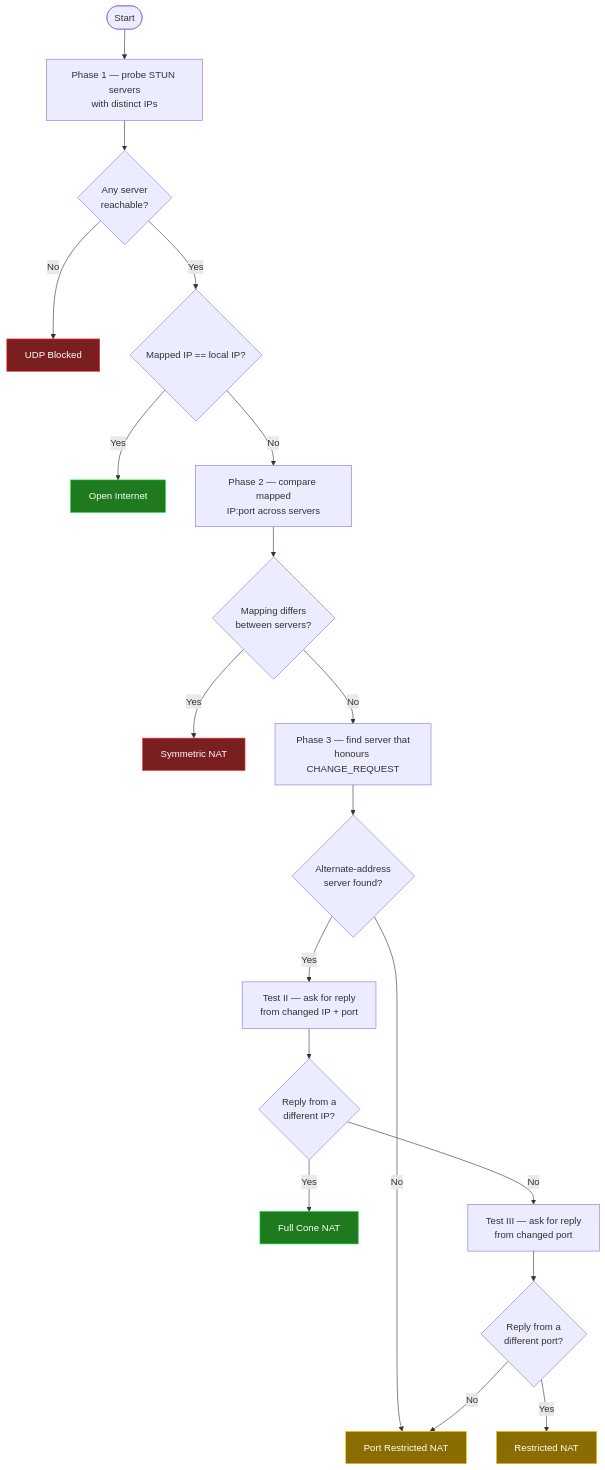
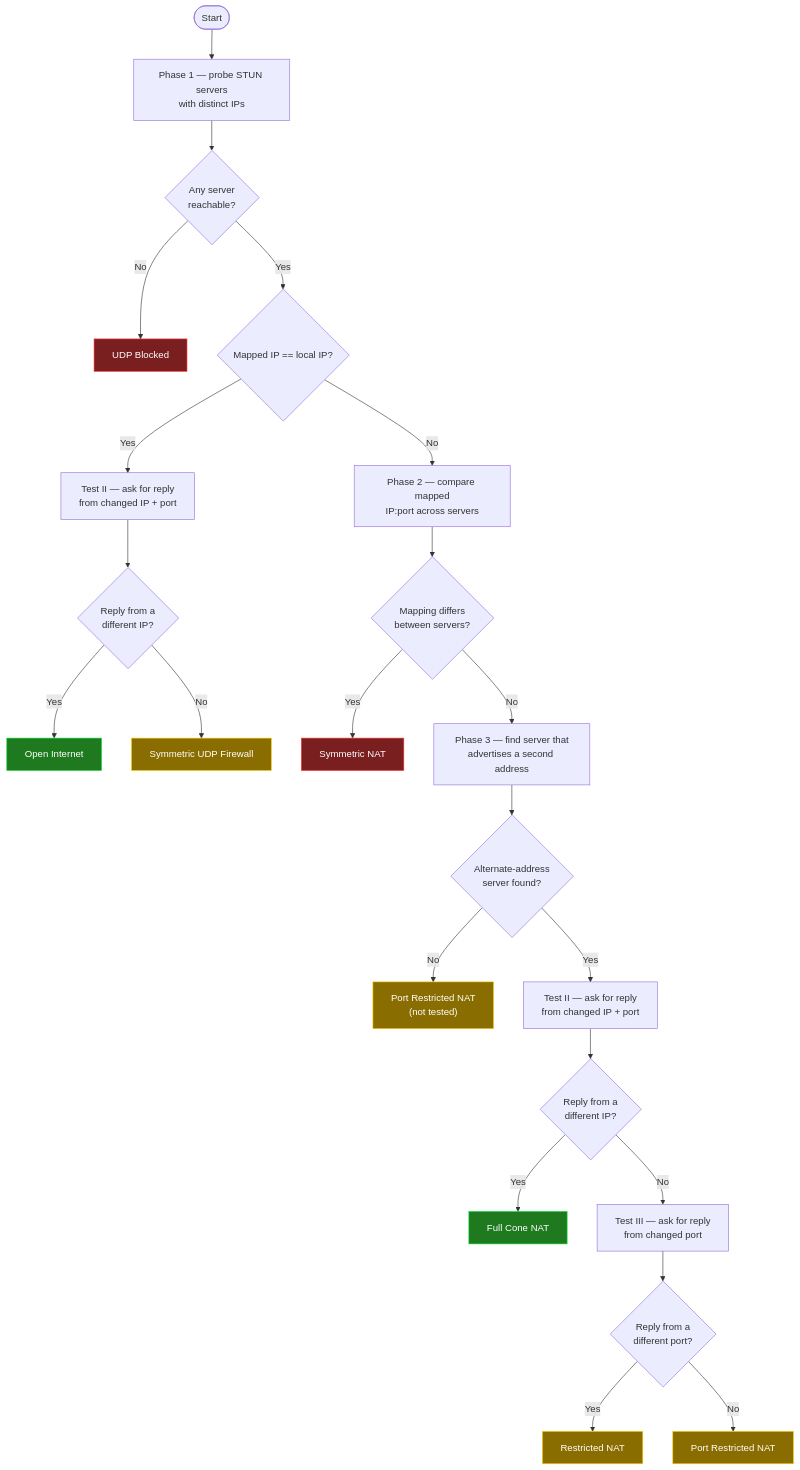
Before and after one commit to jayng9663/NAT-Checker: the diagram in README.md, drawn with Mermaid. The commit also changed other lines of this file, not shown here.

Commit message:
docs: document Symmetric UDP Firewall, untested results and versioning

````diff
--- a/README.md
+++ b/README.md
@@ -112,28 +123,31 @@
 ```mermaid
 flowchart TD
     A([Start]) --> B[Phase 1 — probe STUN servers<br/>with distinct IPs]
     B --> C{Any server<br/>reachable?}
     C -- No --> UDP[UDP Blocked]
     C -- Yes --> D{Mapped IP == local IP?}
-    D -- Yes --> OPEN[Open Internet]
+    D -- Yes --> T0[Test II — ask for reply<br/>from changed IP + port]
+    T0 --> T0R{Reply from a<br/>different IP?}
+    T0R -- Yes --> OPEN[Open Internet]
+    T0R -- No --> FW[Symmetric UDP Firewall]
     D -- No --> E[Phase 2 — compare mapped<br/>IP:port across servers]
     E --> F{Mapping differs<br/>between servers?}
     F -- Yes --> SYM[Symmetric NAT]
-    F -- No --> G[Phase 3 — find server that<br/>honours CHANGE_REQUEST]
+    F -- No --> G[Phase 3 — find server that<br/>advertises a second address]
     G --> H{Alternate-address<br/>server found?}
-    H -- No --> PRC[Port Restricted NAT]
+    H -- No --> PRC["Port Restricted NAT<br/>(not tested)"]
     H -- Yes --> I[Test II — ask for reply<br/>from changed IP + port]
     I --> J{Reply from a<br/>different IP?}
     J -- Yes --> FULL[Full Cone NAT]
     J -- No --> K[Test III — ask for reply<br/>from changed port]
     K --> L{Reply from a<br/>different port?}
     L -- Yes --> RC[Restricted NAT]
-    L -- No --> PRC
+    L -- No --> PRC2[Port Restricted NAT]
 
     classDef good fill:#1f7a1f,stroke:#0d3,color:#fff
     classDef warn fill:#8a6d00,stroke:#fc0,color:#fff
     classDef bad fill:#7a1f1f,stroke:#f33,color:#fff
     class OPEN,FULL good
-    class RC,PRC warn
+    class RC,PRC,PRC2,FW warn
     class SYM,UDP bad
 ```
````
